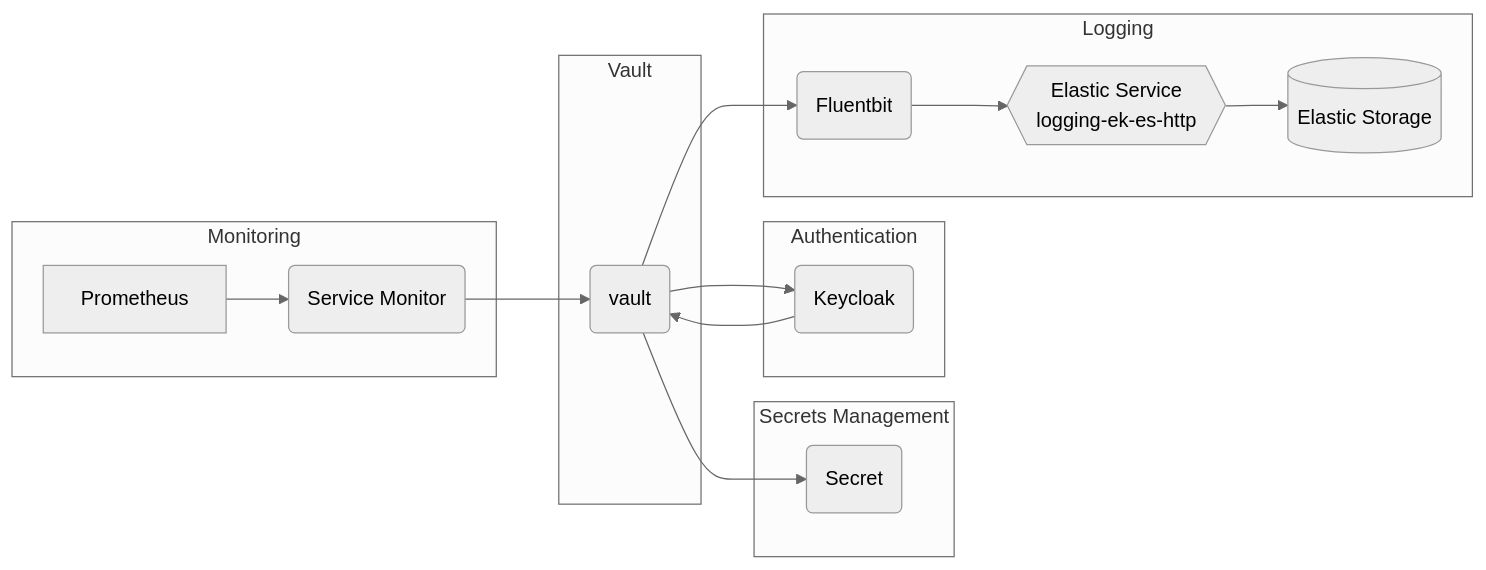
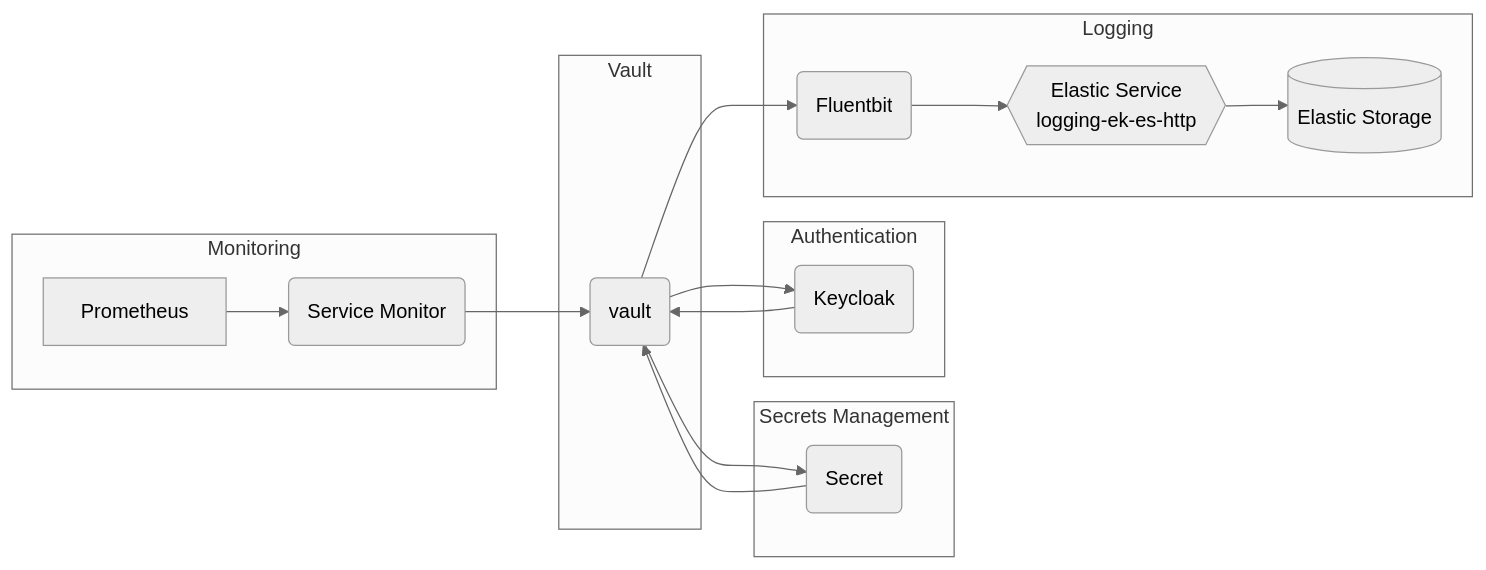
The diagram in docs/understanding-bigbang/package-architecture/vault.md (anoncam/big-bang), drawn with Mermaid (neutral theme) before and after one commit.

Commit message:
update mermaid

````diff
--- a/docs/understanding-bigbang/package-architecture/vault.md
+++ b/docs/understanding-bigbang/package-architecture/vault.md
@@ -10,25 +10,26 @@
 ```mermaid
 graph LR
   subgraph "Vault"
     vaultservice1("vault")
   end
 
   subgraph "Secrets Management"
     vaultservice1("vault") --> secret1("Secret")
+    secret1("Secret") --> vaultservice1("vault")
   end
 
   subgraph "Authentication"
     vaultservice1("vault") --> authenticationservice1("Keycloak")
     authenticationservice1("Keycloak") --> vaultservice1("vault")
   end
 
   subgraph "Logging"
     vaultservice1("vault") --> fluent(Fluentbit) --> logging-ek-es-http
     logging-ek-es-http{{Elastic Service<br />logging-ek-es-http}} --> elastic[(Elastic Storage)]
   end
 
   subgraph "Monitoring"
     svcmonitor("Service Monitor") --> vaultservice1("vault")
     Prometheus --> svcmonitor("Service Monitor")
   end
 ```
````
